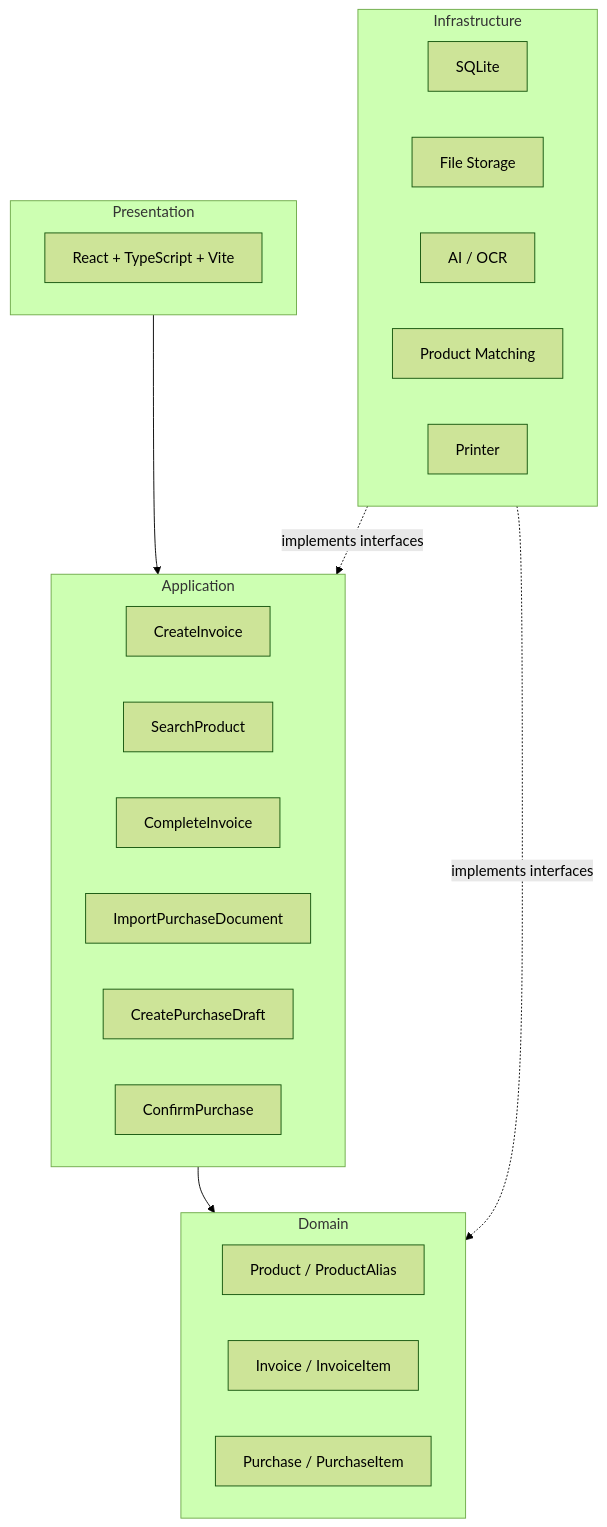
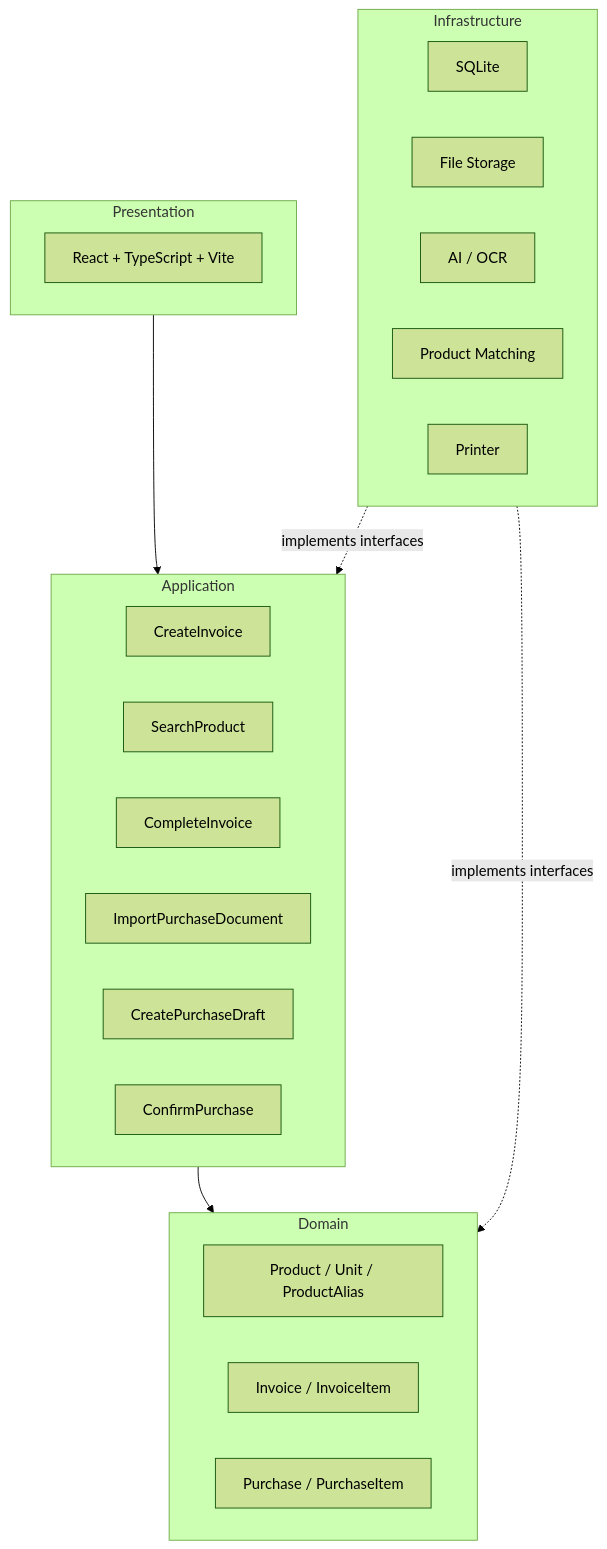
Before and after one commit to baonguyen1776/smart_invoice: the diagram in docs/architecture.md, drawn with Mermaid (forest theme). The commit also changed other lines of this file and 7 other files, not shown here.

````diff
--- a/docs/architecture.md
+++ b/docs/architecture.md
@@ -303,29 +336,29 @@
 ```mermaid
 flowchart TD
     subgraph Presentation
         P[React + TypeScript + Vite]
     end
     subgraph Application
         A1[CreateInvoice]
         A2[SearchProduct]
         A3[CompleteInvoice]
         A4[ImportPurchaseDocument]
         A5[CreatePurchaseDraft]
         A6[ConfirmPurchase]
     end
     subgraph Domain
-        D1[Product / ProductAlias]
+        D1[Product / Unit / ProductAlias]
         D2[Invoice / InvoiceItem]
         D3[Purchase / PurchaseItem]
     end
     subgraph Infrastructure
         I1[SQLite]
         I2[File Storage]
         I3[AI / OCR]
         I4[Product Matching]
         I5[Printer]
     end
     Presentation --> Application --> Domain
     Infrastructure -. implements interfaces .-> Application
     Infrastructure -. implements interfaces .-> Domain
 ```
````
